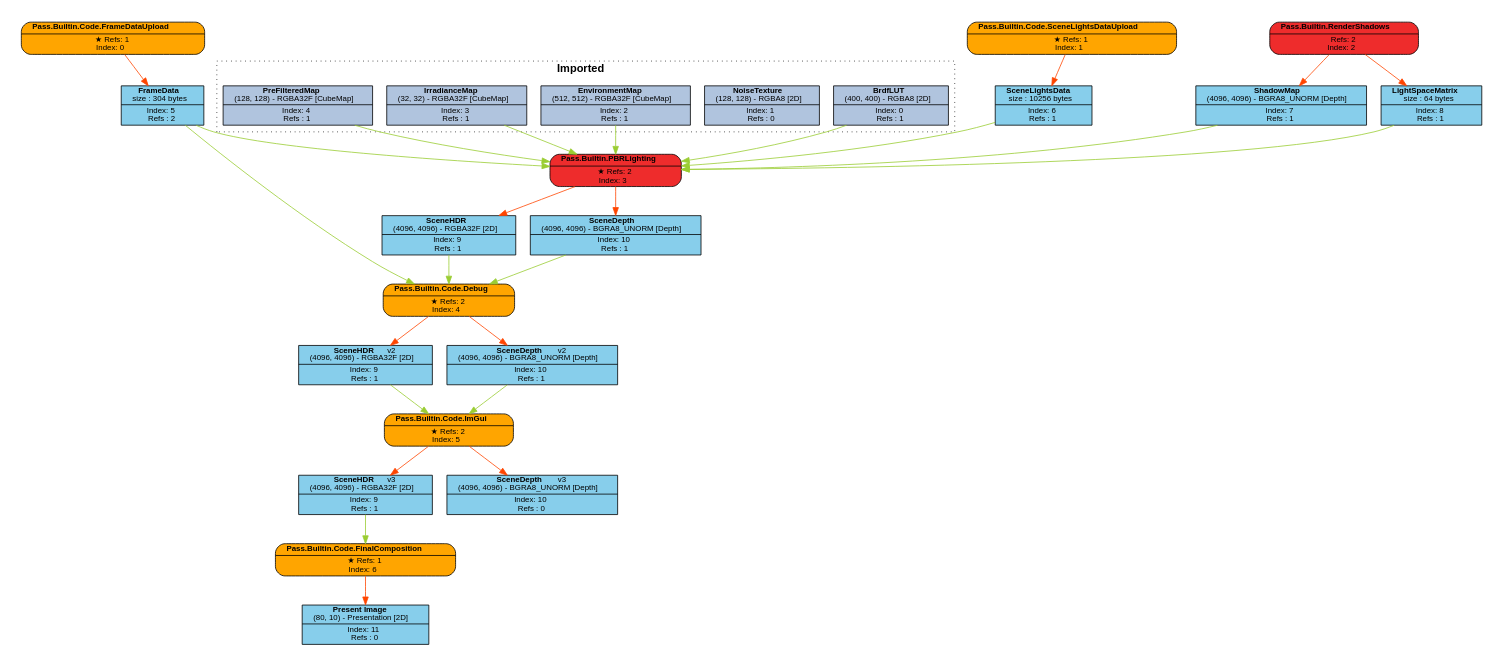
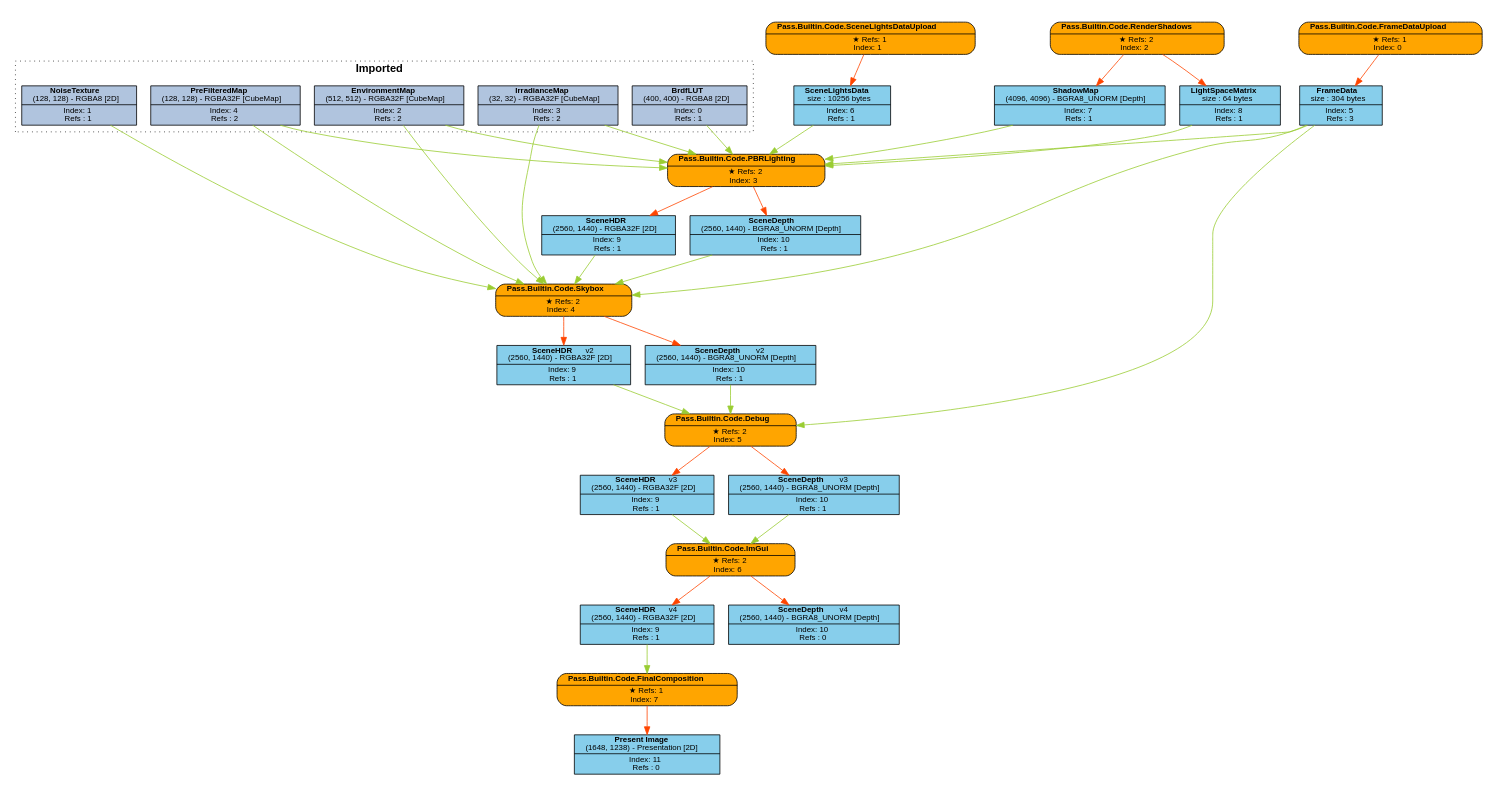
Before and after one commit to Pikachuxxxx/Razix: the diagram in Engine/content/FrameGraphs/data_driven_editor_test.dot, drawn with Graphviz. The commit also changed 46 other files, not shown here.

Commit message:
enabled shadows using code pass; added some new scenes;

```diff
--- a/Engine/content/FrameGraphs/data_driven_editor_test.dot
+++ b/Engine/content/FrameGraphs/data_driven_editor_test.dot
@@ -1,82 +1,91 @@
 digraph FrameGraph {
 graph [style=invis, rankdir="TB" ordering=out, splines=spline]
 node [shape=record, fontname="helvetica", fontsize=10, margin="0.2,0.03"]
 
 P0 [label=<{ {<B>Pass.Builtin.Code.FrameDataUpload</B>} | {&#x2605; Refs: 1<BR/> Index: 0} }> style="rounded,filled", fillcolor=orange]
 P1 [label=<{ {<B>Pass.Builtin.Code.SceneLightsDataUpload</B>} | {&#x2605; Refs: 1<BR/> Index: 1} }> style="rounded,filled", fillcolor=orange]
-P2 [label=<{ {<B>Pass.Builtin.RenderShadows</B>} | {Refs: 2<BR/> Index: 2} }> style="rounded,filled", fillcolor=firebrick2]
-P3 [label=<{ {<B>Pass.Builtin.PBRLighting</B>} | {&#x2605; Refs: 2<BR/> Index: 3} }> style="rounded,filled", fillcolor=firebrick2]
-P4 [label=<{ {<B>Pass.Builtin.Code.Debug</B>} | {&#x2605; Refs: 2<BR/> Index: 4} }> style="rounded,filled", fillcolor=orange]
-P5 [label=<{ {<B>Pass.Builtin.Code.ImGui</B>} | {&#x2605; Refs: 2<BR/> Index: 5} }> style="rounded,filled", fillcolor=orange]
-P6 [label=<{ {<B>Pass.Builtin.Code.FinalComposition</B>} | {&#x2605; Refs: 1<BR/> Index: 6} }> style="rounded,filled", fillcolor=orange]
+P2 [label=<{ {<B>Pass.Builtin.Code.RenderShadows</B>} | {&#x2605; Refs: 2<BR/> Index: 2} }> style="rounded,filled", fillcolor=orange]
+P3 [label=<{ {<B>Pass.Builtin.Code.PBRLighting</B>} | {&#x2605; Refs: 2<BR/> Index: 3} }> style="rounded,filled", fillcolor=orange]
+P4 [label=<{ {<B>Pass.Builtin.Code.Skybox</B>} | {&#x2605; Refs: 2<BR/> Index: 4} }> style="rounded,filled", fillcolor=orange]
+P5 [label=<{ {<B>Pass.Builtin.Code.Debug</B>} | {&#x2605; Refs: 2<BR/> Index: 5} }> style="rounded,filled", fillcolor=orange]
+P6 [label=<{ {<B>Pass.Builtin.Code.ImGui</B>} | {&#x2605; Refs: 2<BR/> Index: 6} }> style="rounded,filled", fillcolor=orange]
+P7 [label=<{ {<B>Pass.Builtin.Code.FinalComposition</B>} | {&#x2605; Refs: 1<BR/> Index: 7} }> style="rounded,filled", fillcolor=orange]
 
 R0_1 [label=<{ {<B>BrdfLUT</B><BR/>(400, 400) - RGBA8 [2D]} | {Index: 0<BR/>Refs : 1} }> style=filled, fillcolor=lightsteelblue]
-R1_1 [label=<{ {<B>NoiseTexture</B><BR/>(128, 128) - RGBA8 [2D]} | {Index: 1<BR/>Refs : 0} }> style=filled, fillcolor=lightsteelblue]
-R2_1 [label=<{ {<B>EnvironmentMap</B><BR/>(512, 512) - RGBA32F [CubeMap]} | {Index: 2<BR/>Refs : 1} }> style=filled, fillcolor=lightsteelblue]
-R3_1 [label=<{ {<B>IrradianceMap</B><BR/>(32, 32) - RGBA32F [CubeMap]} | {Index: 3<BR/>Refs : 1} }> style=filled, fillcolor=lightsteelblue]
-R4_1 [label=<{ {<B>PreFilteredMap</B><BR/>(128, 128) - RGBA32F [CubeMap]} | {Index: 4<BR/>Refs : 1} }> style=filled, fillcolor=lightsteelblue]
-R5_1 [label=<{ {<B>FrameData</B><BR/>size : 304 bytes} | {Index: 5<BR/>Refs : 2} }> style=filled, fillcolor=skyblue]
+R1_1 [label=<{ {<B>NoiseTexture</B><BR/>(128, 128) - RGBA8 [2D]} | {Index: 1<BR/>Refs : 1} }> style=filled, fillcolor=lightsteelblue]
+R2_1 [label=<{ {<B>EnvironmentMap</B><BR/>(512, 512) - RGBA32F [CubeMap]} | {Index: 2<BR/>Refs : 2} }> style=filled, fillcolor=lightsteelblue]
+R3_1 [label=<{ {<B>IrradianceMap</B><BR/>(32, 32) - RGBA32F [CubeMap]} | {Index: 3<BR/>Refs : 2} }> style=filled, fillcolor=lightsteelblue]
+R4_1 [label=<{ {<B>PreFilteredMap</B><BR/>(128, 128) - RGBA32F [CubeMap]} | {Index: 4<BR/>Refs : 2} }> style=filled, fillcolor=lightsteelblue]
+R5_1 [label=<{ {<B>FrameData</B><BR/>size : 304 bytes} | {Index: 5<BR/>Refs : 3} }> style=filled, fillcolor=skyblue]
 R6_1 [label=<{ {<B>SceneLightsData</B><BR/>size : 10256 bytes} | {Index: 6<BR/>Refs : 1} }> style=filled, fillcolor=skyblue]
 R7_1 [label=<{ {<B>ShadowMap</B><BR/>(4096, 4096) - BGRA8_UNORM [Depth]} | {Index: 7<BR/>Refs : 1} }> style=filled, fillcolor=skyblue]
 R8_1 [label=<{ {<B>LightSpaceMatrix</B><BR/>size : 64 bytes} | {Index: 8<BR/>Refs : 1} }> style=filled, fillcolor=skyblue]
-R9_1 [label=<{ {<B>SceneHDR</B><BR/>(4096, 4096) - RGBA32F [2D]} | {Index: 9<BR/>Refs : 1} }> style=filled, fillcolor=skyblue]
-R10_1 [label=<{ {<B>SceneDepth</B><BR/>(4096, 4096) - BGRA8_UNORM [Depth]} | {Index: 10<BR/>Refs : 1} }> style=filled, fillcolor=skyblue]
-R9_2 [label=<{ {<B>SceneHDR</B>   <FONT>v2</FONT><BR/>(4096, 4096) - RGBA32F [2D]} | {Index: 9<BR/>Refs : 1} }> style=filled, fillcolor=skyblue]
-R10_2 [label=<{ {<B>SceneDepth</B>   <FONT>v2</FONT><BR/>(4096, 4096) - BGRA8_UNORM [Depth]} | {Index: 10<BR/>Refs : 1} }> style=filled, fillcolor=skyblue]
-R9_3 [label=<{ {<B>SceneHDR</B>   <FONT>v3</FONT><BR/>(4096, 4096) - RGBA32F [2D]} | {Index: 9<BR/>Refs : 1} }> style=filled, fillcolor=skyblue]
-R10_3 [label=<{ {<B>SceneDepth</B>   <FONT>v3</FONT><BR/>(4096, 4096) - BGRA8_UNORM [Depth]} | {Index: 10<BR/>Refs : 0} }> style=filled, fillcolor=skyblue]
-R11_1 [label=<{ {<B>Present Image</B><BR/>(80, 10) - Presentation [2D]} | {Index: 11<BR/>Refs : 0} }> style=filled, fillcolor=skyblue]
+R9_1 [label=<{ {<B>SceneHDR</B><BR/>(2560, 1440) - RGBA32F [2D]} | {Index: 9<BR/>Refs : 1} }> style=filled, fillcolor=skyblue]
+R10_1 [label=<{ {<B>SceneDepth</B><BR/>(2560, 1440) - BGRA8_UNORM [Depth]} | {Index: 10<BR/>Refs : 1} }> style=filled, fillcolor=skyblue]
+R9_2 [label=<{ {<B>SceneHDR</B>   <FONT>v2</FONT><BR/>(2560, 1440) - RGBA32F [2D]} | {Index: 9<BR/>Refs : 1} }> style=filled, fillcolor=skyblue]
+R10_2 [label=<{ {<B>SceneDepth</B>   <FONT>v2</FONT><BR/>(2560, 1440) - BGRA8_UNORM [Depth]} | {Index: 10<BR/>Refs : 1} }> style=filled, fillcolor=skyblue]
+R9_3 [label=<{ {<B>SceneHDR</B>   <FONT>v3</FONT><BR/>(2560, 1440) - RGBA32F [2D]} | {Index: 9<BR/>Refs : 1} }> style=filled, fillcolor=skyblue]
+R10_3 [label=<{ {<B>SceneDepth</B>   <FONT>v3</FONT><BR/>(2560, 1440) - BGRA8_UNORM [Depth]} | {Index: 10<BR/>Refs : 1} }> style=filled, fillcolor=skyblue]
+R9_4 [label=<{ {<B>SceneHDR</B>   <FONT>v4</FONT><BR/>(2560, 1440) - RGBA32F [2D]} | {Index: 9<BR/>Refs : 1} }> style=filled, fillcolor=skyblue]
+R10_4 [label=<{ {<B>SceneDepth</B>   <FONT>v4</FONT><BR/>(2560, 1440) - BGRA8_UNORM [Depth]} | {Index: 10<BR/>Refs : 0} }> style=filled, fillcolor=skyblue]
+R11_1 [label=<{ {<B>Present Image</B><BR/>(1648, 1238) - Presentation [2D]} | {Index: 11<BR/>Refs : 0} }> style=filled, fillcolor=skyblue]
 
 P0 -> { R5_1 } [color=orangered]
 P1 -> { R6_1 } [color=orangered]
 P2 -> { R7_1 R8_1 } [color=orangered]
 P3 -> { R9_1 R10_1 } [color=orangered]
 P4 -> { R9_2 R10_2 } [color=orangered]
 P5 -> { R9_3 R10_3 } [color=orangered]
-P6 -> { R11_1 } [color=orangered]
+P6 -> { R9_4 R10_4 } [color=orangered]
+P7 -> { R11_1 } [color=orangered]
 
 R0_1 -> { P3 } [color=olivedrab3]
-R1_1 -> { } [color=olivedrab3]
-R2_1 -> { P3 } [color=olivedrab3]
-R3_1 -> { P3 } [color=olivedrab3]
-R4_1 -> { P3 } [color=olivedrab3]
-R5_1 -> { P3 P4 } [color=olivedrab3]
+R1_1 -> { P4 } [color=olivedrab3]
+R2_1 -> { P3 P4 } [color=olivedrab3]
+R3_1 -> { P3 P4 } [color=olivedrab3]
+R4_1 -> { P3 P4 } [color=olivedrab3]
+R5_1 -> { P3 P4 P5 } [color=olivedrab3]
 R6_1 -> { P3 } [color=olivedrab3]
 R7_1 -> { P3 } [color=olivedrab3]
 R8_1 -> { P3 } [color=olivedrab3]
 R9_1 -> { P4 } [color=olivedrab3]
 R10_1 -> { P4 } [color=olivedrab3]
 R9_2 -> { P5 } [color=olivedrab3]
 R10_2 -> { P5 } [color=olivedrab3]
 R9_3 -> { P6 } [color=olivedrab3]
-R10_3 -> { } [color=olivedrab3]
+R10_3 -> { P6 } [color=olivedrab3]
+R9_4 -> { P7 } [color=olivedrab3]
+R10_4 -> { } [color=olivedrab3]
 R11_1 -> { } [color=olivedrab3]
 
 subgraph cluster_0 {
 P0 R5_1 
 }
 subgraph cluster_1 {
 P1 R6_1 
 }
 subgraph cluster_2 {
 P2 R7_1 R8_1 
 }
 subgraph cluster_3 {
 P3 R9_1 R10_1 
 }
 subgraph cluster_4 {
 P4 
 }
 subgraph cluster_5 {
 P5 
 }
 subgraph cluster_6 {
-P6 R11_1 
+P6 
+}
+subgraph cluster_7 {
+P7 R11_1 
 }
 
 subgraph cluster_imported_resources {
 graph [style=dotted, fontname="helvetica", label=< <B>Imported</B> >]
 R0_1 R1_1 R2_1 R3_1 R4_1 
 }
 
 }
```
